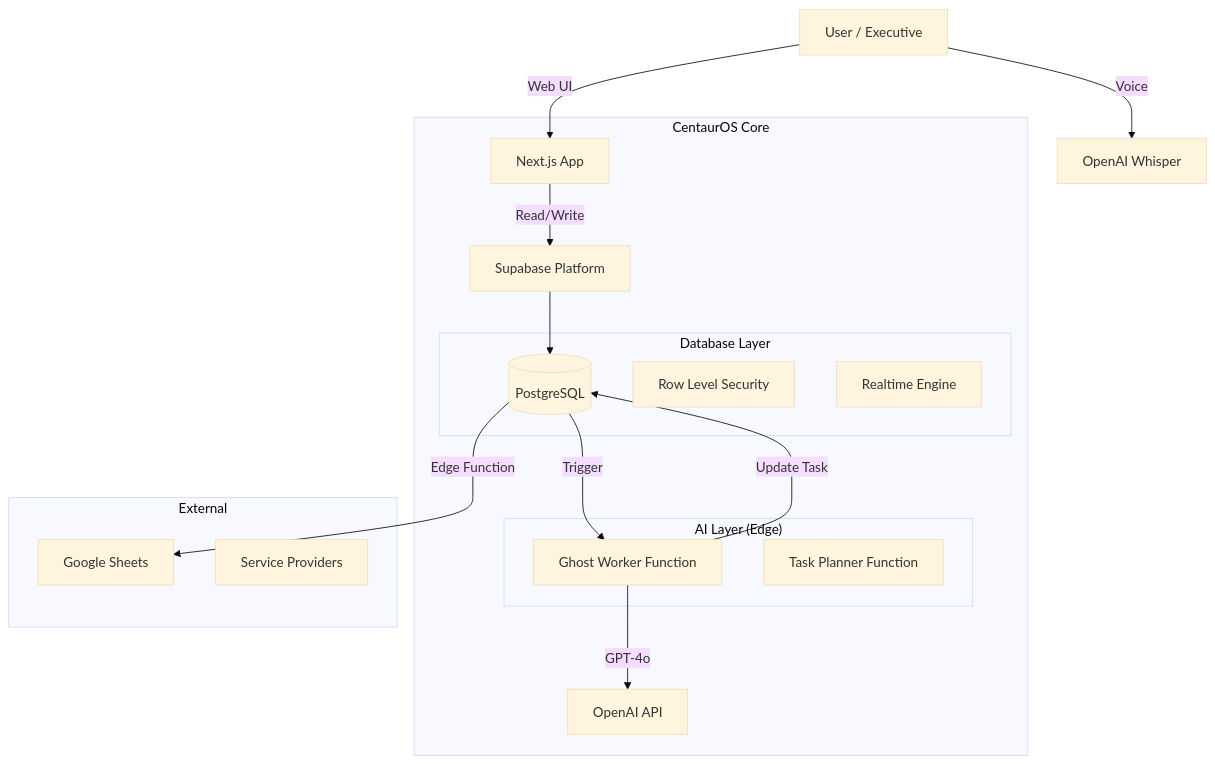
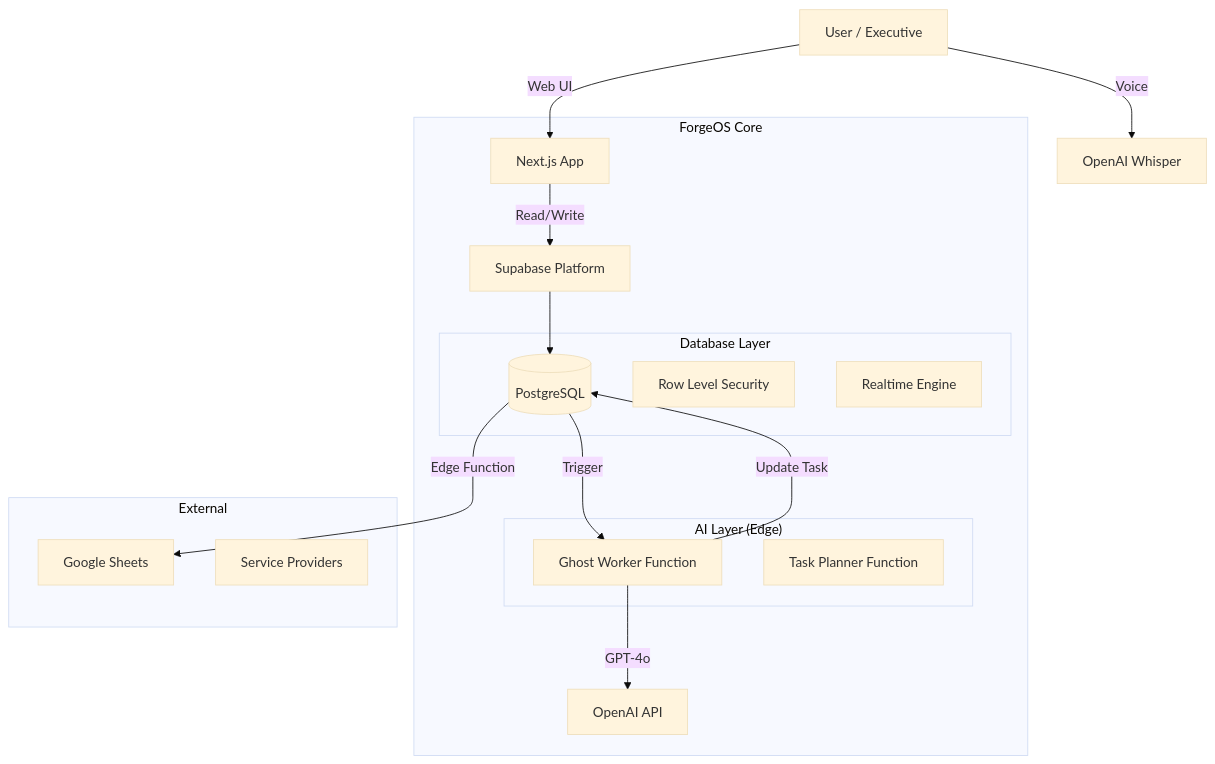
Before and after one commit to tristanfischer-ux/centaurOS_created_260126_1435: the diagram in SYSTEM_ARCHITECTURE.md, drawn with Mermaid (base theme). The commit also changed 75 other files, not shown here.

First line of the commit message:
rebrand: rename CentaurOS to ForgeOS, Centaur Dynamics to Fractional Forge

````diff
--- a/SYSTEM_ARCHITECTURE.md
+++ b/SYSTEM_ARCHITECTURE.md
@@ -5,32 +5,32 @@
 ```mermaid
 graph TD
     User[User / Executive] -->|Web UI| Next[Next.js App]
     User -->|Voice| Whisper[OpenAI Whisper]
     
-    subgraph "CentaurOS Core"
+    subgraph "ForgeOS Core"
         Next -->|Read/Write| Supabase[Supabase Platform]
         
         subgraph "Database Layer"
             Postgres[(PostgreSQL)]
             RLS[Row Level Security]
             Realtime[Realtime Engine]
         end
         
         subgraph "AI Layer (Edge)"
             Ghost[Ghost Worker Function]
             Planner[Task Planner Function]
         end
         
         Supabase --> Postgres
         Postgres -->|Trigger| Ghost
         Ghost -->|GPT-4o| OpenAI[OpenAI API]
         Ghost -->|Update Task| Postgres
     end
     
     subgraph "External"
         Sheets[Google Sheets]
         Market[Service Providers]
     end
     
     Postgres -->|Edge Function| Sheets
 ```
````
